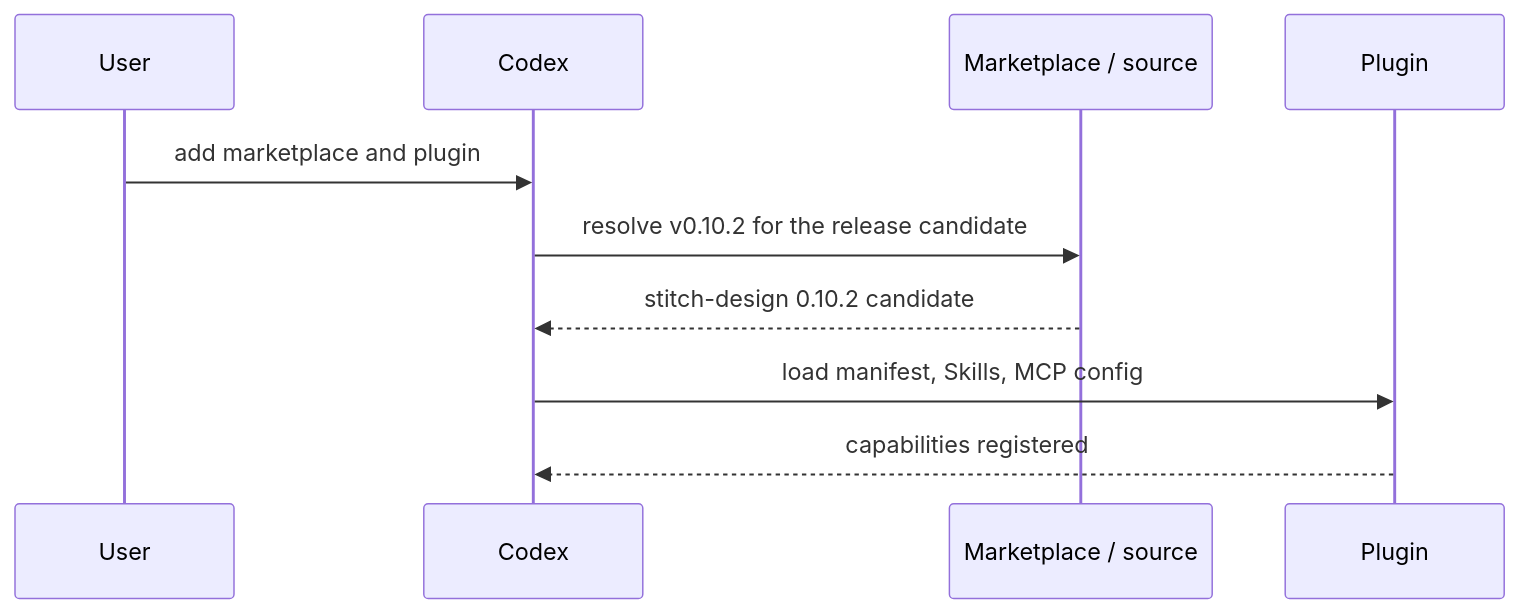
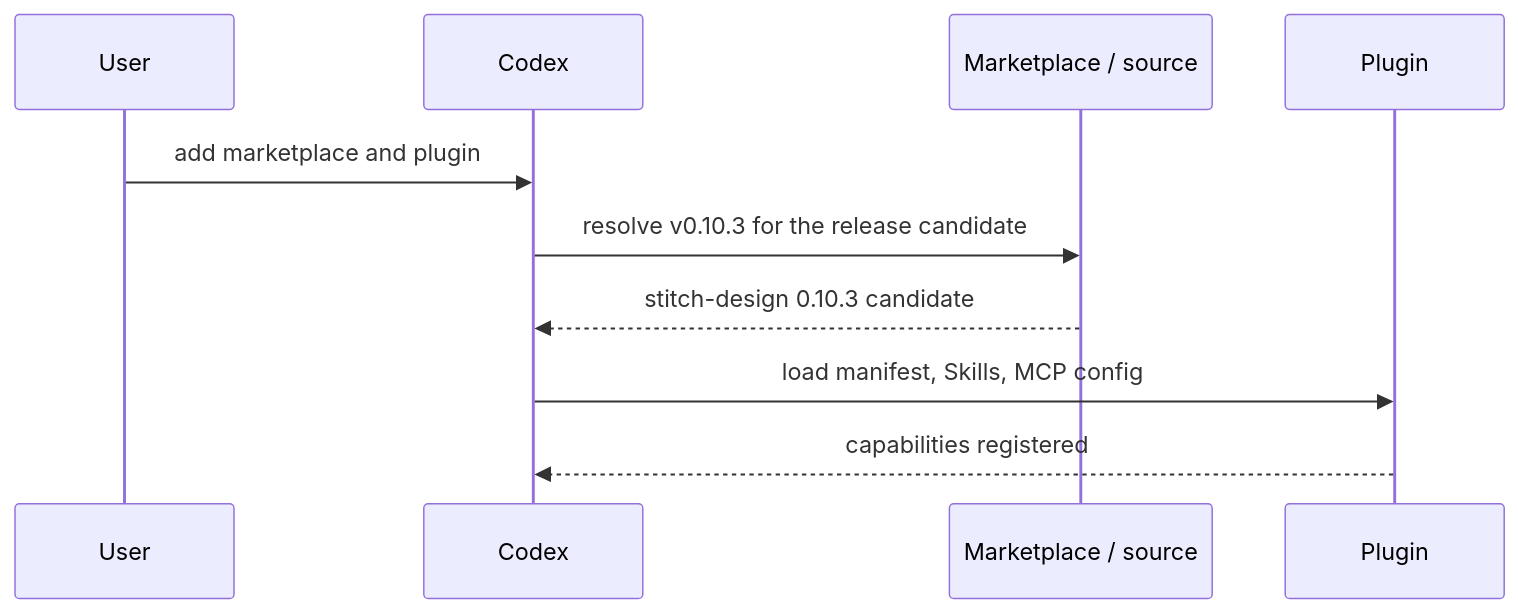
Before and after one commit to full-stack-plugins/stitch-design-plugin: the seventh of 11 diagrams in docs/Stitch-Design-Architecture.md, drawn with Mermaid. The commit also changed other lines of this file and 22 other files, not shown here.

````diff
--- a/docs/Stitch-Design-Architecture.md
+++ b/docs/Stitch-Design-Architecture.md
@@ -175,12 +175,12 @@
 ```mermaid
 sequenceDiagram
     participant U as User
     participant C as Codex
     participant M as Marketplace / source
     participant P as Plugin
     U->>C: add marketplace and plugin
-    C->>M: resolve v0.10.2 for the release candidate
-    M-->>C: stitch-design 0.10.2 candidate
+    C->>M: resolve v0.10.3 for the release candidate
+    M-->>C: stitch-design 0.10.3 candidate
     C->>P: load manifest, Skills, MCP config
     P-->>C: capabilities registered
 ```
````
